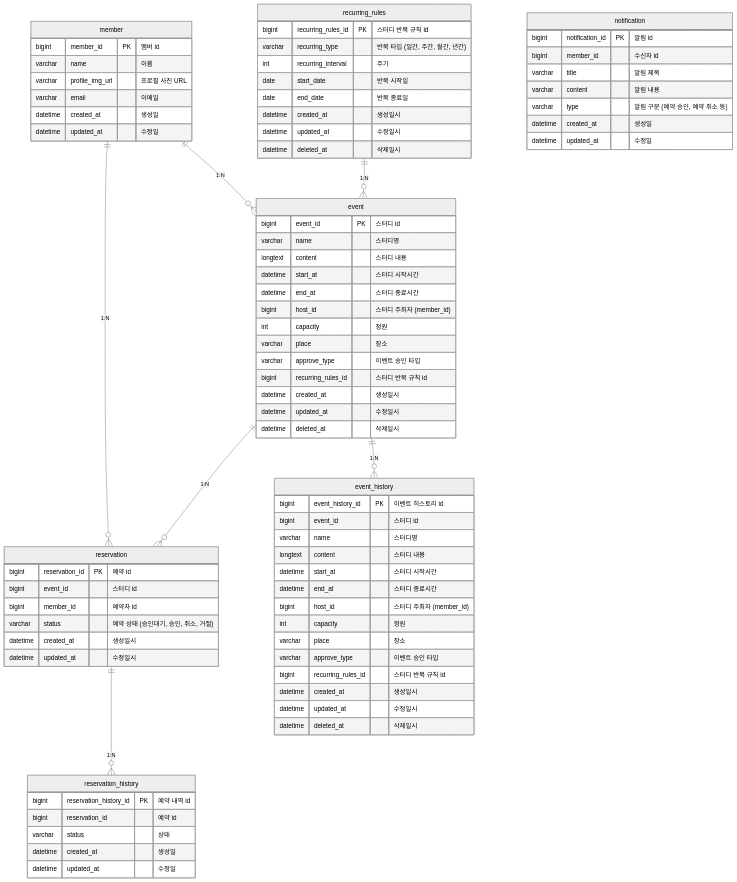
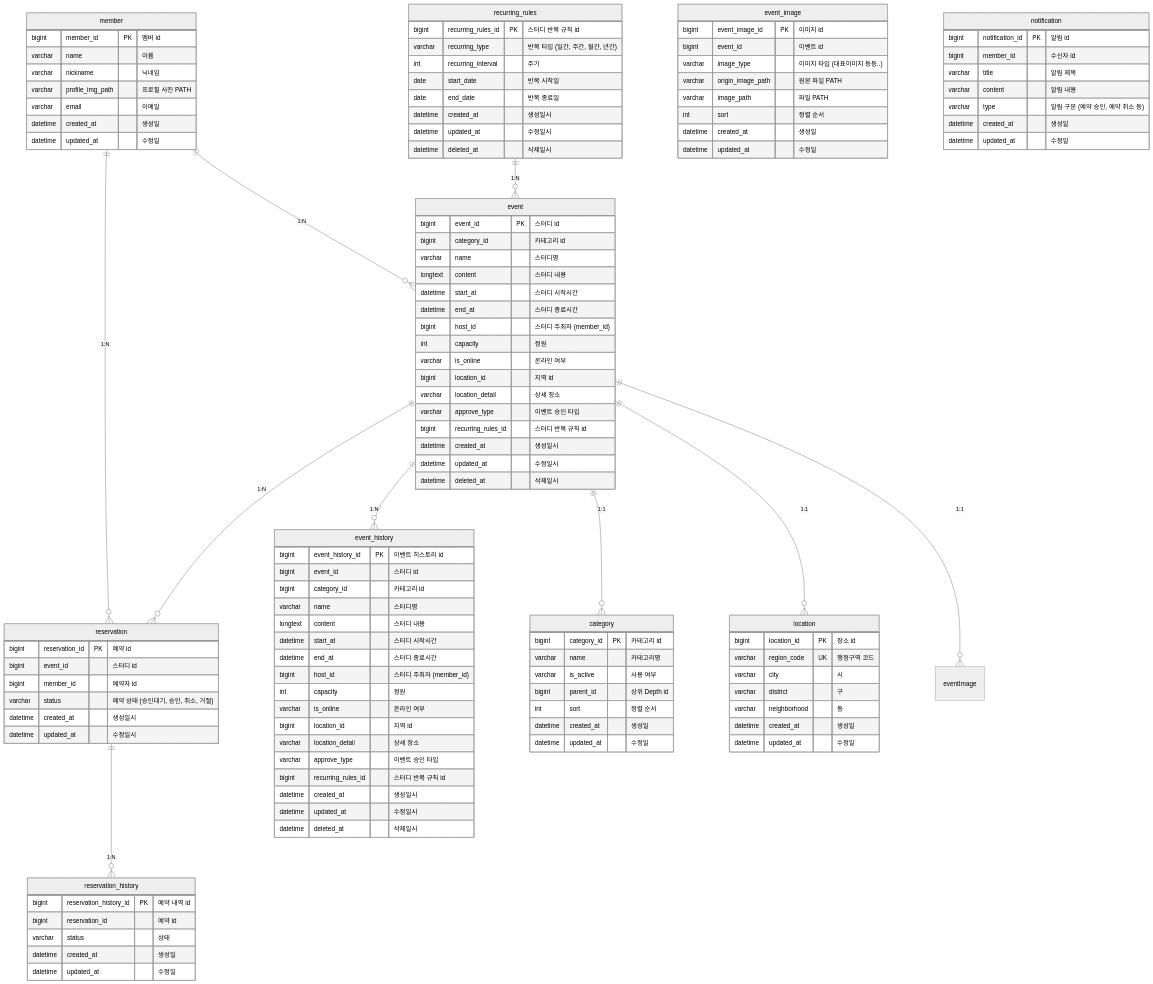
The diagram in docs/er-diagram.md (mozziroom/mozziroom-backend), drawn with Mermaid (neutral theme) before and after one commit. The commit also changed 6 other files, not shown here.

```diff
--- a/docs/er-diagram.md
+++ b/docs/er-diagram.md
@@ -8,12 +8,16 @@
 recurring_rules ||--o{ event : "1:N"
 event ||--o{ event_history : "1:N"
 member ||--o{ event : "1:N"
+event ||--o{ category : "1:1"
+event ||--o{ location : "1:1"
+event ||--o{ eventImage : "1:1"
 
 %% 멤버
 member {
 	bigint member_id PK "멤버 id"
 	varchar name "이름"
-	varchar profile_img_url "프로필 사진 URL"
+	varchar nickname "닉네임"
+	varchar profile_img_path "프로필 사진 PATH"
 	varchar email "이메일"
 	datetime created_at "생성일"
 	datetime updated_at "수정일"
@@ -22,13 +26,16 @@
 %% 스터디 모임
 event {
 	bigint event_id PK "스터디 id"
+	bigint category_id "카테고리 id"
 	varchar name "스터디명"
 	longtext content "스터디 내용"
 	datetime start_at "스터디 시작시간"
 	datetime end_at "스터디 종료시간"
 	bigint host_id "스터디 주최자 (member_id)"
 	int capacity "정원"
-	varchar place "장소"
+	varchar is_online "온라인 여부"
+	bigint location_id "지역 id"
+	varchar location_detail "상세 장소"
 	varchar approve_type "이벤트 승인 타입"
 	bigint recurring_rules_id "스터디 반복 규칙 id"
 	datetime created_at "생성일시"
@@ -36,17 +43,32 @@
 	datetime deleted_at "삭제일시"
 }
 
+%% 이벤트 이미지
+event_image {
+    bigint event_image_id PK "이미지 id"
+    bigint event_id "이벤트 id"
+    varchar image_type "이미지 타입 (대표이미지 등등..)"
+    varchar origin_image_path "원본 파일 PATH"
+    varchar image_path "파일 PATH"
+    int sort "정렬 순서"
+    datetime created_at "생성일"
+    datetime updated_at "수정일"
+}
+
 %% 이벤트 히스토리
 event_history {
 	bigint event_history_id PK "이벤트 히스토리 id"
 	bigint event_id "스터디 id"
+	bigint category_id "카테고리 id"
 	varchar name "스터디명"
 	longtext content "스터디 내용"
 	datetime start_at "스터디 시작시간"
 	datetime end_at "스터디 종료시간"
 	bigint host_id "스터디 주최자 (member_id)"
 	int capacity "정원"
-	varchar place "장소"
+	varchar is_online "온라인 여부"
+	bigint location_id "지역 id"
+	varchar location_detail "상세 장소"
 	varchar approve_type "이벤트 승인 타입"
 	bigint recurring_rules_id "스터디 반복 규칙 id"
 	datetime created_at "생성일시"
@@ -64,6 +86,28 @@
 	datetime created_at "생성일시"
 	datetime updated_at "수정일시"
 	datetime deleted_at "삭제일시"
+}
+
+%% 카테고리	
+category {
+    bigint category_id PK "카테고리 id"
+    varchar name "카테고리명"
+    varchar is_active "사용 여부"
+    bigint parent_id "상위 Depth id"
+    int sort "정렬 순서"
+    datetime created_at "생성일"
+    datetime updated_at "수정일"
+}
+
+%% 지역
+location {
+    bigint location_id PK "장소 id"
+    varchar region_code UK "행정구역 코드"
+    varchar city "시"
+    varchar district "구"
+    varchar neighborhood "동"
+    datetime created_at "생성일"
+    datetime updated_at "수정일"
 }
 
 %% 예약
```
